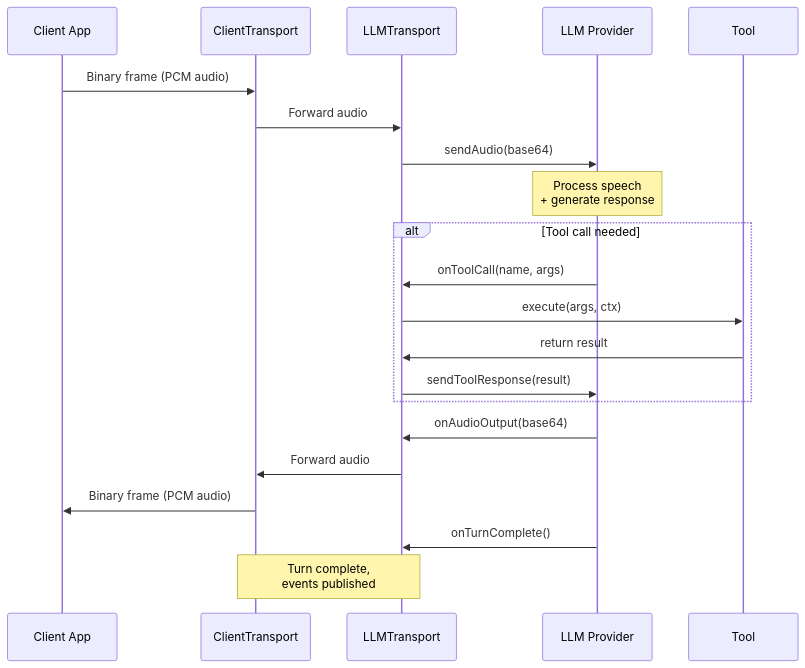
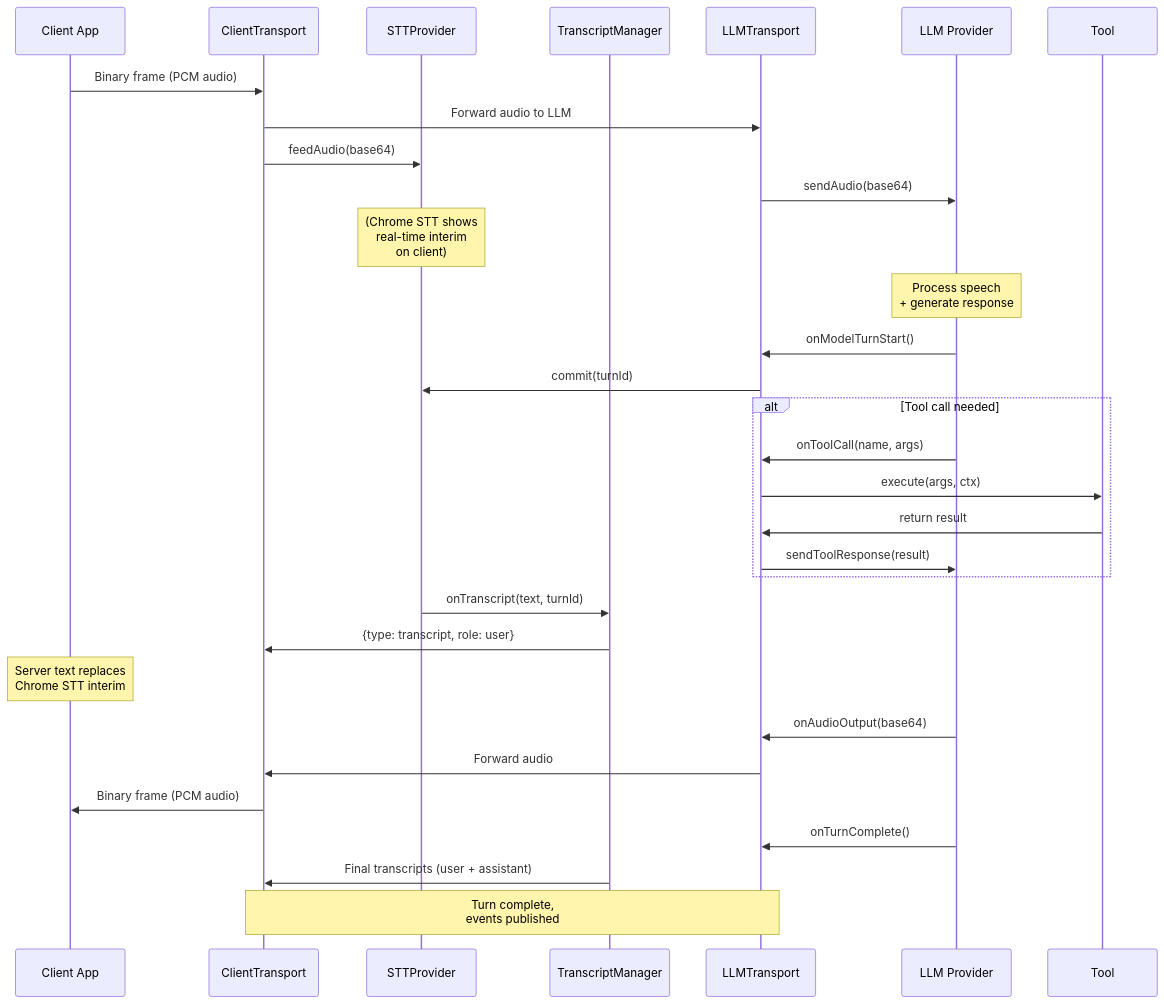
One commit to randombet/bodhi_realtime_agent changed the fourth of 12 diagrams in docs/guide/architecture.md. Above: the diagram before and after it, drawn with Mermaid. The commit also changed other lines of this file and 4 other files, not shown here.

First line of the commit message:
docs: add STT provider documentation with diagrams

````diff
--- a/docs/guide/architecture.md
+++ b/docs/guide/architecture.md
@@ -106,27 +111,41 @@
 ```mermaid
 sequenceDiagram
     participant C as Client App
     participant CT as ClientTransport
+    participant STT as STTProvider
+    participant TM as TranscriptManager
     participant GT as LLMTransport
     participant G as LLM Provider
     participant T as Tool
 
     C->>CT: Binary frame (PCM audio)
-    CT->>GT: Forward audio
+    CT->>GT: Forward audio to LLM
+    CT->>STT: feedAudio(base64)
     GT->>G: sendAudio(base64)
+
+    Note over STT: (Chrome STT shows<br/>real-time interim<br/>on client)
+
     Note over G: Process speech<br/>+ generate response
+
+    G->>GT: onModelTurnStart()
+    GT->>STT: commit(turnId)
 
     alt Tool call needed
         G->>GT: onToolCall(name, args)
         GT->>T: execute(args, ctx)
         T->>GT: return result
         GT->>G: sendToolResponse(result)
     end
 
+    STT->>TM: onTranscript(text, turnId)
+    TM->>CT: {type: transcript, role: user}
+    Note over C: Server text replaces<br/>Chrome STT interim
+
     G->>GT: onAudioOutput(base64)
     GT->>CT: Forward audio
     CT->>C: Binary frame (PCM audio)
 
     G->>GT: onTurnComplete()
+    TM->>CT: Final transcripts (user + assistant)
     Note over CT,GT: Turn complete,<br/>events published
 ```
````
